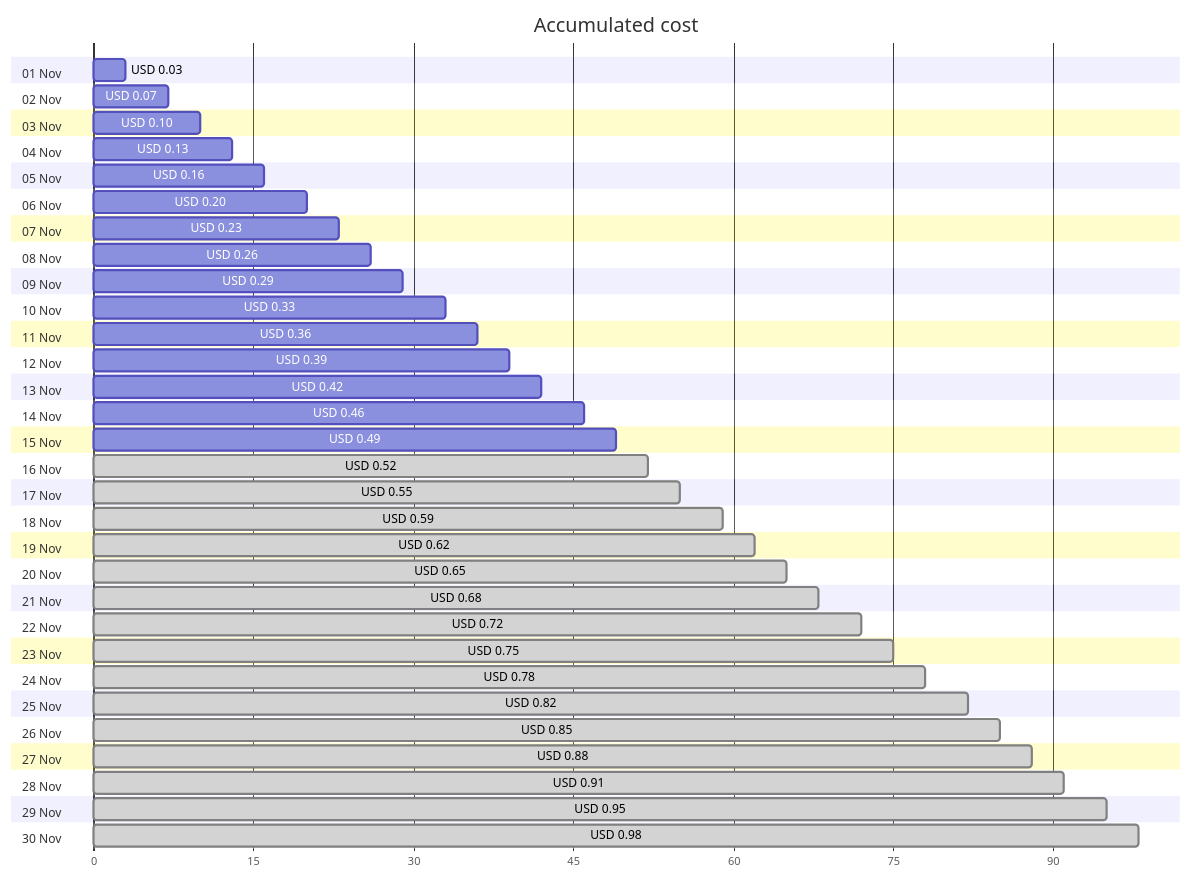
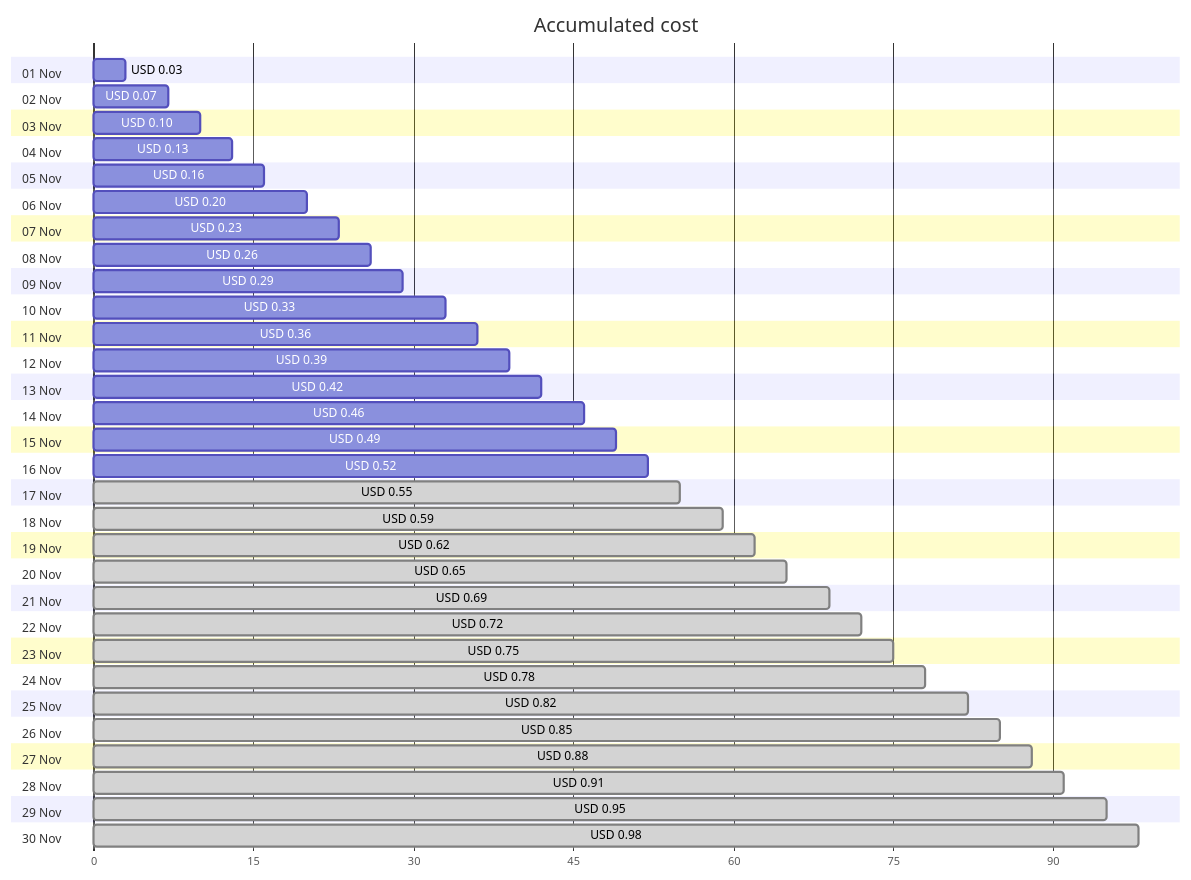
Before and after one commit to jpfulton/azure-personal-reports: the first of 4 diagrams in cost-reports/personal-dns/README.md, drawn with Mermaid. The commit also changed other lines of this file and 2 other files, not shown here.

````diff
--- a/cost-reports/personal-dns/README.md
+++ b/cost-reports/personal-dns/README.md
@@ -20,66 +20,66 @@
 ```mermaid
 gantt
    title Accumulated cost
    dateFormat  X
    axisFormat %s
    section 01 Nov
    USD 0.03 :0, 3
    section 02 Nov
    USD 0.07 :0, 7
    section 03 Nov
    USD 0.10 :0, 10
    section 04 Nov
    USD 0.13 :0, 13
    section 05 Nov
    USD 0.16 :0, 16
    section 06 Nov
    USD 0.20 :0, 20
    section 07 Nov
    USD 0.23 :0, 23
    section 08 Nov
    USD 0.26 :0, 26
    section 09 Nov
    USD 0.29 :0, 29
    section 10 Nov
    USD 0.33 :0, 33
    section 11 Nov
    USD 0.36 :0, 36
    section 12 Nov
    USD 0.39 :0, 39
    section 13 Nov
    USD 0.42 :0, 42
    section 14 Nov
    USD 0.46 :0, 46
    section 15 Nov
    USD 0.49 :0, 49
    section 16 Nov
-   USD 0.52 : done, 0, 52
+   USD 0.52 :0, 52
    section 17 Nov
    USD 0.55 : done, 0, 55
    section 18 Nov
    USD 0.59 : done, 0, 59
    section 19 Nov
    USD 0.62 : done, 0, 62
    section 20 Nov
    USD 0.65 : done, 0, 65
    section 21 Nov
-   USD 0.68 : done, 0, 68
+   USD 0.69 : done, 0, 69
    section 22 Nov
    USD 0.72 : done, 0, 72
    section 23 Nov
    USD 0.75 : done, 0, 75
    section 24 Nov
    USD 0.78 : done, 0, 78
    section 25 Nov
    USD 0.82 : done, 0, 82
    section 26 Nov
    USD 0.85 : done, 0, 85
    section 27 Nov
    USD 0.88 : done, 0, 88
    section 28 Nov
    USD 0.91 : done, 0, 91
    section 29 Nov
    USD 0.95 : done, 0, 95
    section 30 Nov
    USD 0.98 : done, 0, 98
 ```
````
